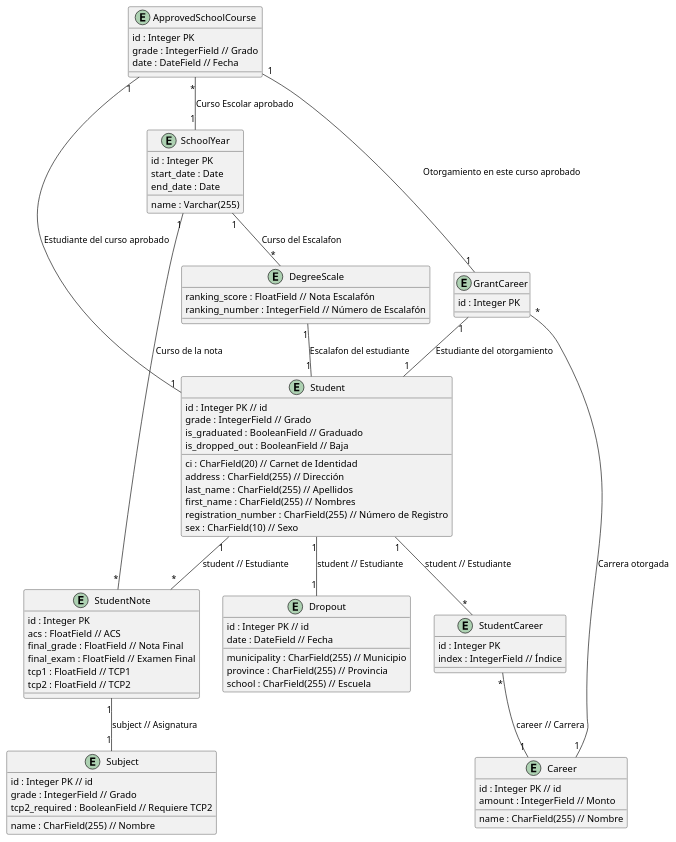
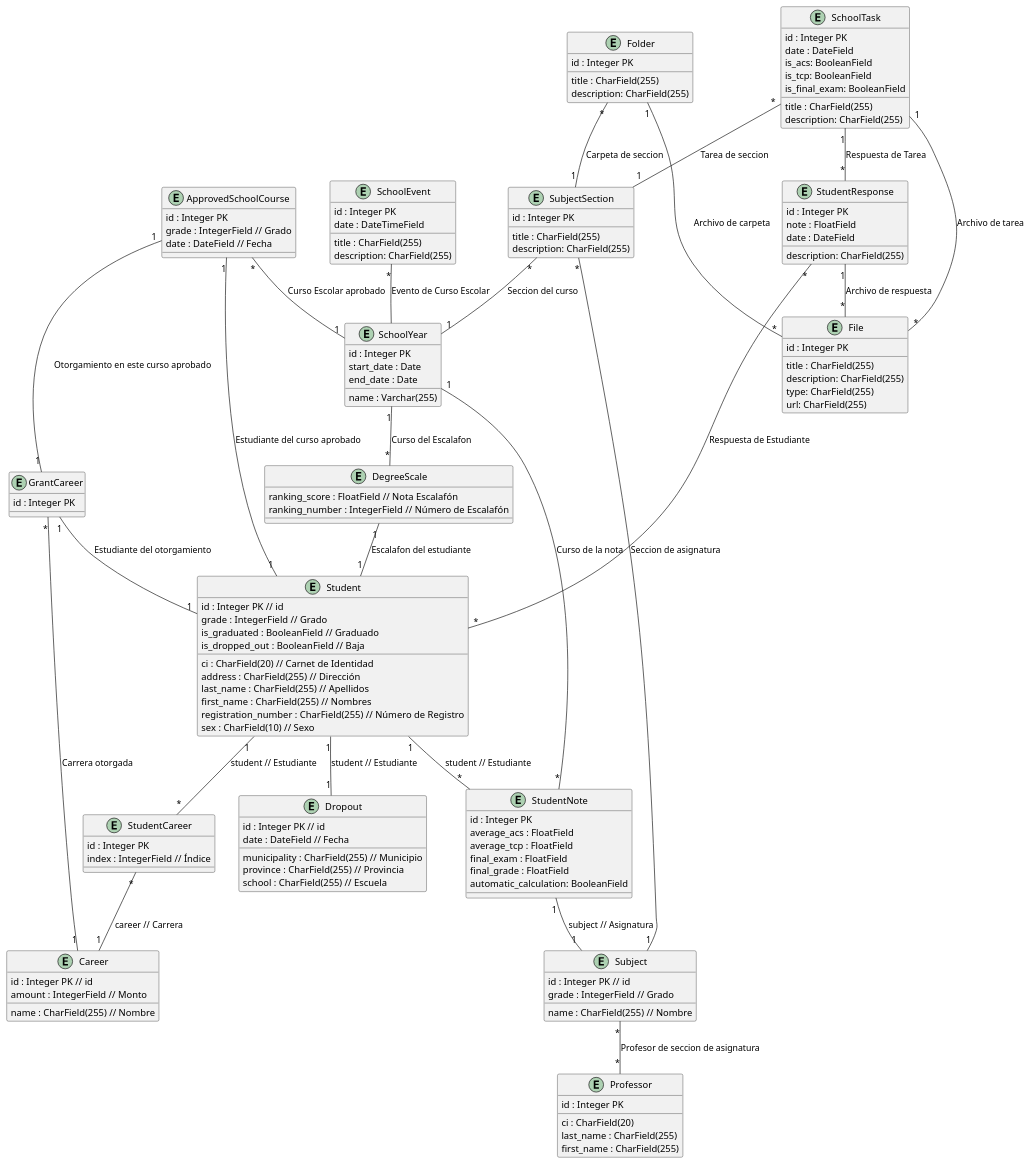
One commit to critBus/notas_estudiantes_back_drf changed the diagram in docs/diagrams/src/architecture_overview.wsd. Above: the diagram before and after it, drawn with PlantUML.

Commit message:
aula virtual

```diff
--- a/docs/diagrams/src/architecture_overview.wsd
+++ b/docs/diagrams/src/architecture_overview.wsd
@@ -1,97 +1,161 @@
 @startuml
 
 entity Student {
     id : Integer PK // id
     ci : CharField(20) // Carnet de Identidad
     address : CharField(255) // Dirección
     grade : IntegerField // Grado
     last_name : CharField(255) // Apellidos
     first_name : CharField(255) // Nombres
     registration_number : CharField(255) // Número de Registro
     sex : CharField(10) // Sexo
     is_graduated : BooleanField // Graduado
     is_dropped_out : BooleanField // Baja
 }
 
 entity Dropout {
     id : Integer PK // id
     date : DateField // Fecha
     municipality : CharField(255) // Municipio
     province : CharField(255) // Provincia
     school : CharField(255) // Escuela
 }
 
 entity Career {
     id : Integer PK // id
     amount : IntegerField // Monto
     name : CharField(255) // Nombre
 }
 
 
 entity Subject {
     id : Integer PK // id
     grade : IntegerField // Grado
     name : CharField(255) // Nombre
-    tcp2_required : BooleanField // Requiere TCP2
 }
 
 entity SchoolYear {
     id : Integer PK
     start_date : Date
     end_date : Date
     name : Varchar(255)
 }
 
 entity StudentNote {
     id : Integer PK
-    acs : FloatField // ACS
-    final_grade : FloatField // Nota Final
-    final_exam : FloatField // Examen Final
-    tcp1 : FloatField // TCP1
-    tcp2 : FloatField // TCP2
+    average_acs : FloatField
+    average_tcp : FloatField
+    final_exam : FloatField
+    final_grade : FloatField
+    automatic_calculation: BooleanField
 }
 
 
 
 entity StudentCareer {
     id : Integer PK
     index : IntegerField // Índice
 }
 
 entity DegreeScale {
     ranking_score : FloatField // Nota Escalafón
     ranking_number : IntegerField // Número de Escalafón
 }
 entity GrantCareer{
     id : Integer PK
 }
 
 entity ApprovedSchoolCourse{
     id : Integer PK
     grade : IntegerField // Grado
     date : DateField // Fecha
 }
+
+entity SubjectSection{
+    id : Integer PK
+    title : CharField(255)
+    description: CharField(255)
+}
+entity Folder{
+    id : Integer PK
+    title : CharField(255)
+    description: CharField(255)
+}
+entity File{
+    id : Integer PK
+    title : CharField(255)
+    description: CharField(255)
+    type: CharField(255)
+    url: CharField(255)
+}
+entity Professor {
+    id : Integer PK
+    ci : CharField(20)
+    last_name : CharField(255)
+    first_name : CharField(255)
+}
+
+entity SchoolTask{
+    id : Integer PK
+    date : DateField
+    title : CharField(255)
+    description: CharField(255)
+    is_acs: BooleanField
+    is_tcp: BooleanField
+    is_final_exam: BooleanField
+
+}
+entity StudentResponse{
+    id : Integer PK
+    note : FloatField
+    date : DateField
+    description: CharField(255)
+}
+
+entity SchoolEvent {
+    id : Integer PK
+    date : DateTimeField
+    title : CharField(255)
+    description: CharField(255)
+}
+
+SchoolEvent "*" -- SchoolYear : Evento de Curso Escolar
+
+SubjectSection "*" -- "1" SchoolYear : Seccion del curso
+SubjectSection "*" -- "1" Subject : Seccion de asignatura
+SchoolTask "*" -- "1" SubjectSection : Tarea de seccion
+
+Folder "*" -- "1" SubjectSection : Carpeta de seccion
+Folder "1" -- "*" File : Archivo de carpeta
+
+SchoolTask "1" -- "*" File : Archivo de tarea
+SchoolTask "1" -- "*" StudentResponse : Respuesta de Tarea
+
+StudentResponse "1" -- "*" File : Archivo de respuesta
+StudentResponse "*" -- "*" Student : Respuesta de Estudiante
+
+Subject "*" -- "*" Professor : Profesor de seccion de asignatura
 
 ApprovedSchoolCourse "1" -- "1" Student : Estudiante del curso aprobado
 ApprovedSchoolCourse "*" -- "1" SchoolYear : Curso Escolar aprobado
 ApprovedSchoolCourse "1" -- "1" GrantCareer : Otorgamiento en este curso aprobado
 
 GrantCareer "1" -- "1" Student : Estudiante del otorgamiento
 GrantCareer "*" -- "1" Career : Carrera otorgada
 
 
 SchoolYear "1" -- "*" DegreeScale :  Curso del Escalafon
 SchoolYear "1" -- "*" StudentNote : Curso de la nota
 
 DegreeScale "1" -- "1" Student : Escalafon del estudiante
 
 Student "1" -- "1" Dropout : student // Estudiante
 Student "1" -- "*" StudentNote : student // Estudiante
 Student "1" -- "*" StudentCareer : student // Estudiante
 
 
 
 StudentNote "1" -- "1" Subject : subject // Asignatura
 StudentCareer "*" -- "1" Career : career // Carrera
 
 @enduml
```
